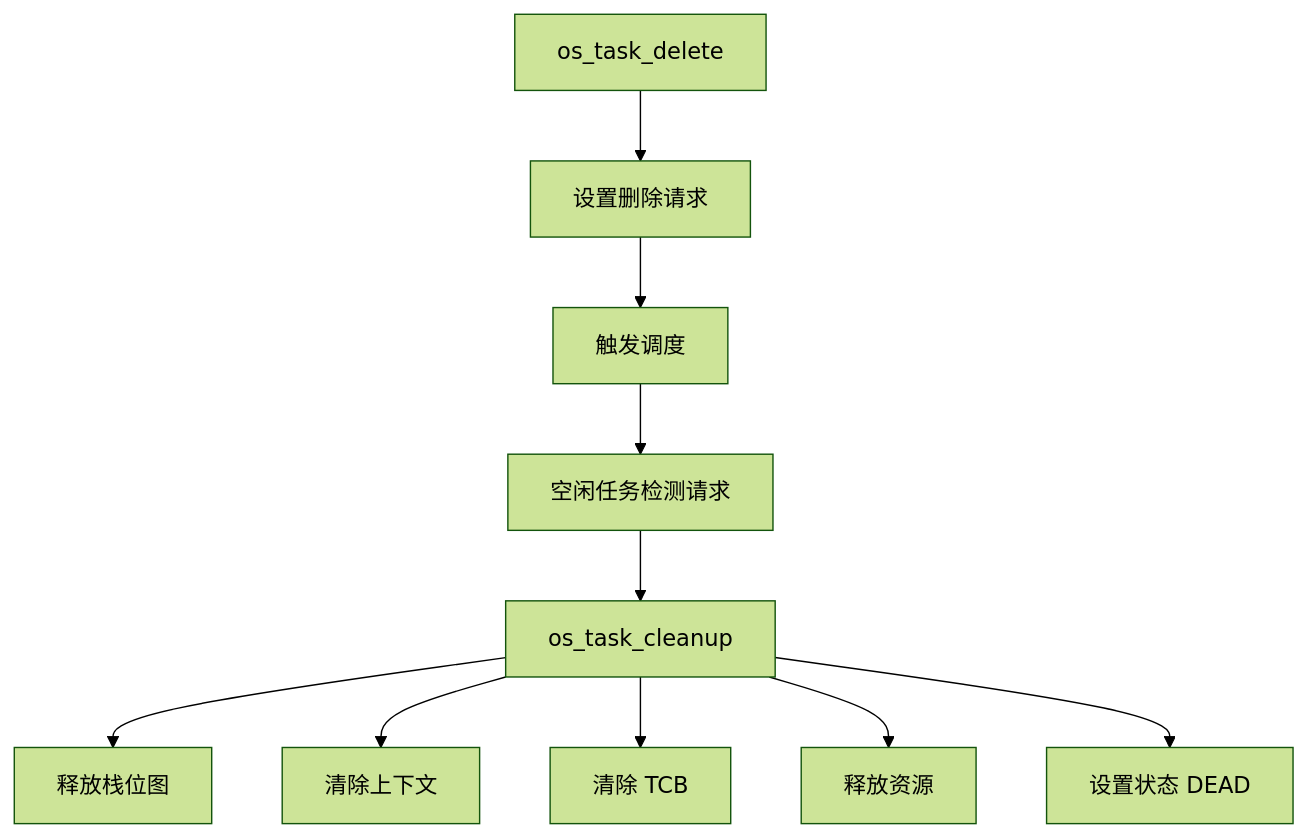
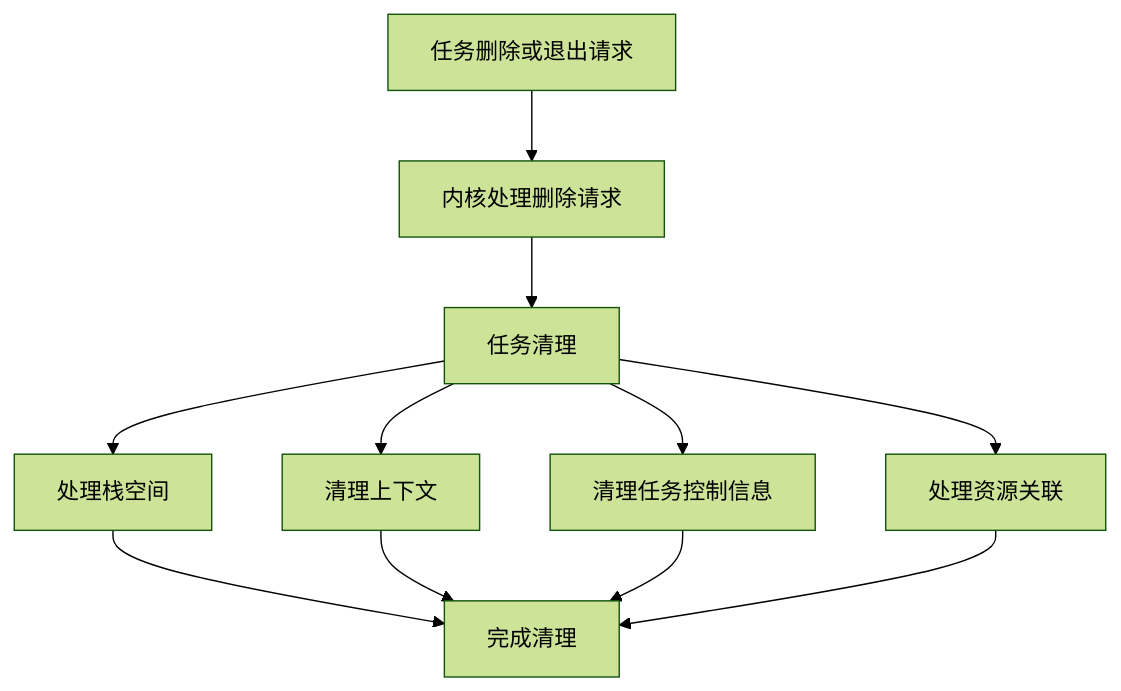
The third of 3 diagrams in docs/guide/04_task_management.md (HRTOS/hrtos.github.io), drawn with Mermaid (forest theme) before and after one commit. The commit also changed other lines of this file and 35 other files, not shown here.

````diff
--- a/docs/guide/04_task_management.md
+++ b/docs/guide/04_task_management.md
@@ -288,12 +330,13 @@
 ```mermaid
-graph TD
-    A[os_task_delete] --> B[设置删除请求]
-    B --> C[触发调度]
-    C --> D[空闲任务检测请求]
-    D --> E[os_task_cleanup]
-    E --> F[释放栈位图]
-    E --> G[清除上下文]
-    E --> H[清除 TCB]
-    E --> I[释放资源]
-    E --> J[设置状态 DEAD]
+flowchart TD
+    A[任务删除或退出请求] --> B[内核处理删除请求]
+    B --> C[任务清理]
+    C --> D[处理栈空间]
+    C --> E[清理上下文]
+    C --> F[清理任务控制信息]
+    C --> G[处理资源关联]
+    D --> H[完成清理]
+    E --> H
+    F --> H
+    G --> H
 ```
````
